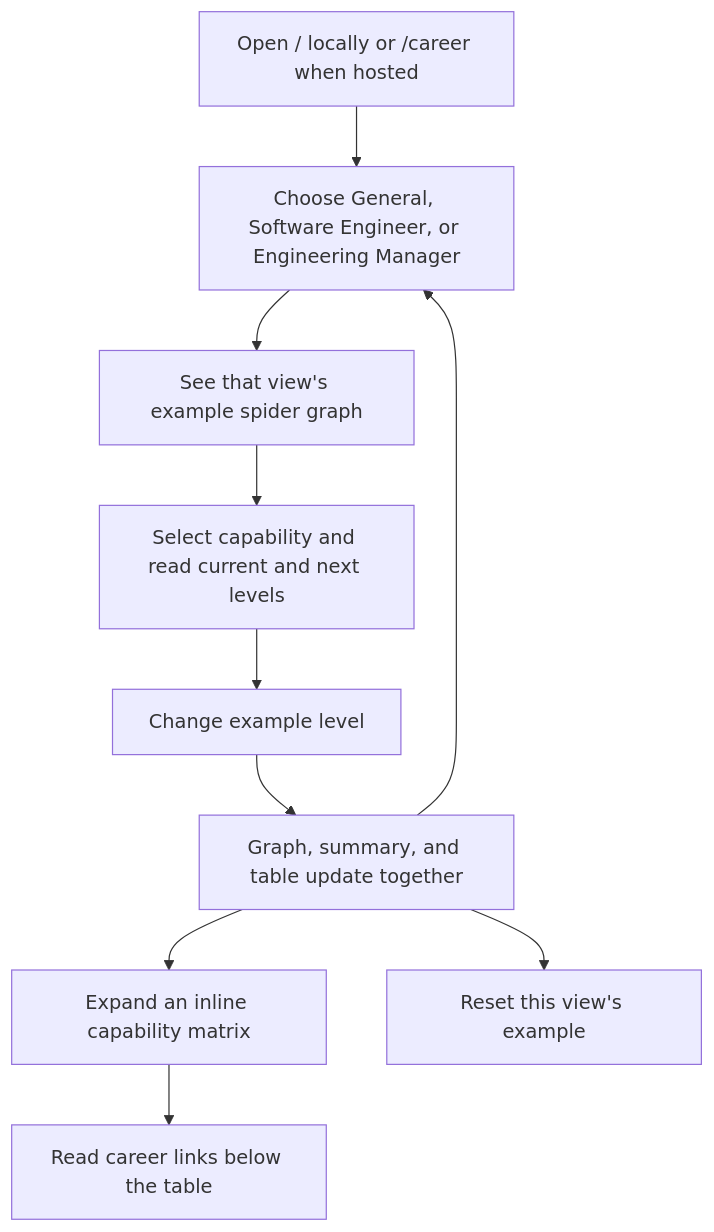
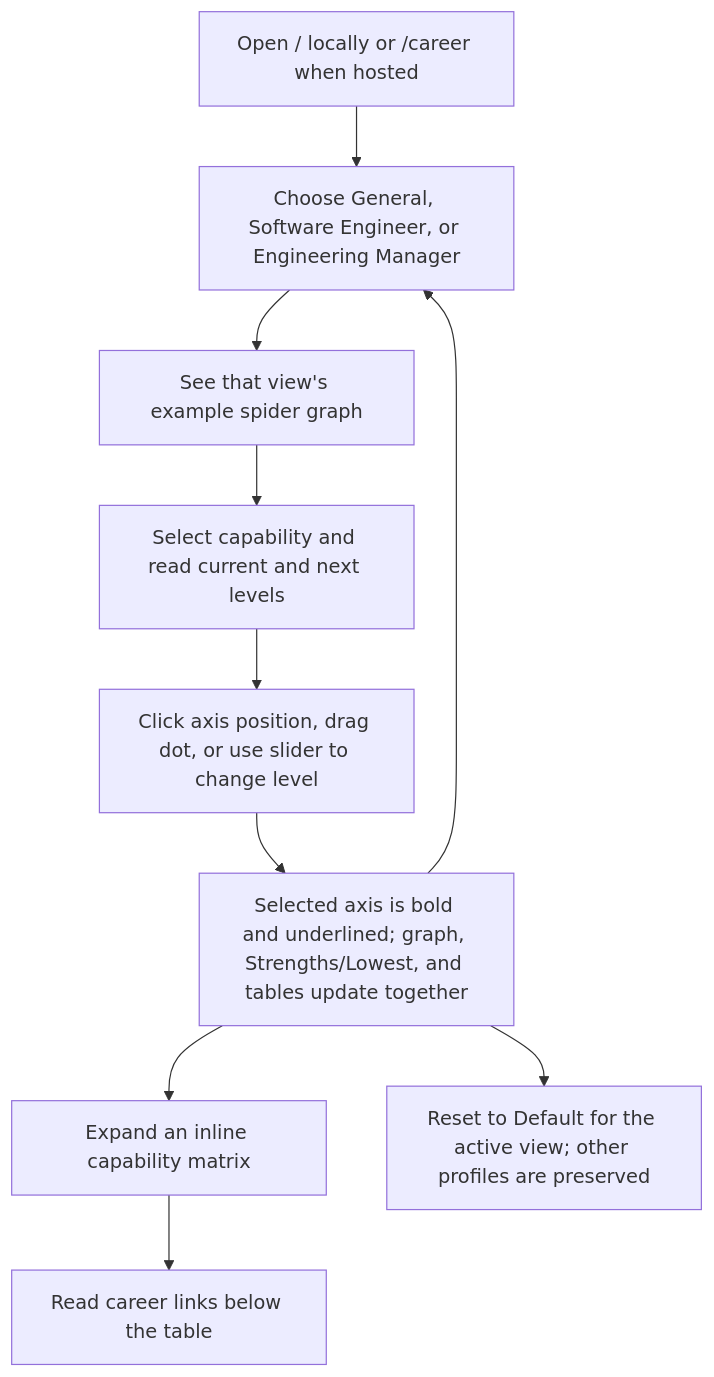
The second of 2 diagrams in architecture.md (johnpfeiffer/career), drawn with Mermaid before and after one commit. The commit also changed other lines of this file and 19 other files, not shown here.

````diff
--- a/architecture.md
+++ b/architecture.md
@@ -25,12 +30,12 @@
 ```mermaid
 flowchart TD
     A["Open / locally or /career when hosted"] --> B["Choose General, Software Engineer, or Engineering Manager"]
     B --> C["See that view's example spider graph"]
     C --> D["Select capability and read current and next levels"]
-    D --> E["Change example level"]
-    E --> F["Graph, summary, and table update together"]
+    D --> E["Click axis position, drag dot, or use slider to change level"]
+    E --> F["Selected axis is bold and underlined; graph, Strengths/Lowest, and tables update together"]
     F --> G["Expand an inline capability matrix"]
     G --> I["Read career links below the table"]
-    F --> H["Reset this view's example"]
+    F --> H["Reset to Default for the active view; other profiles are preserved"]
     F --> B
 ```
````
